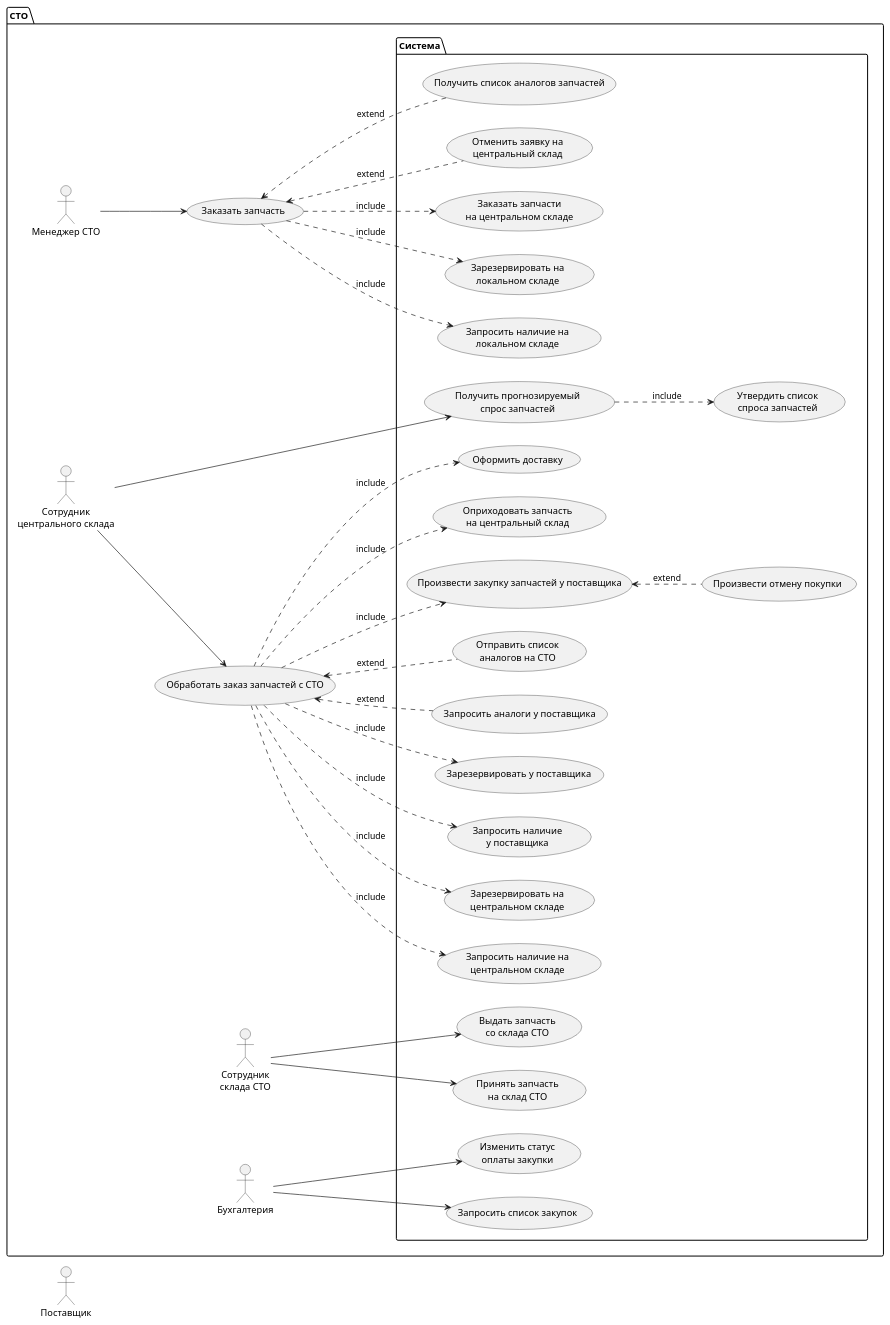
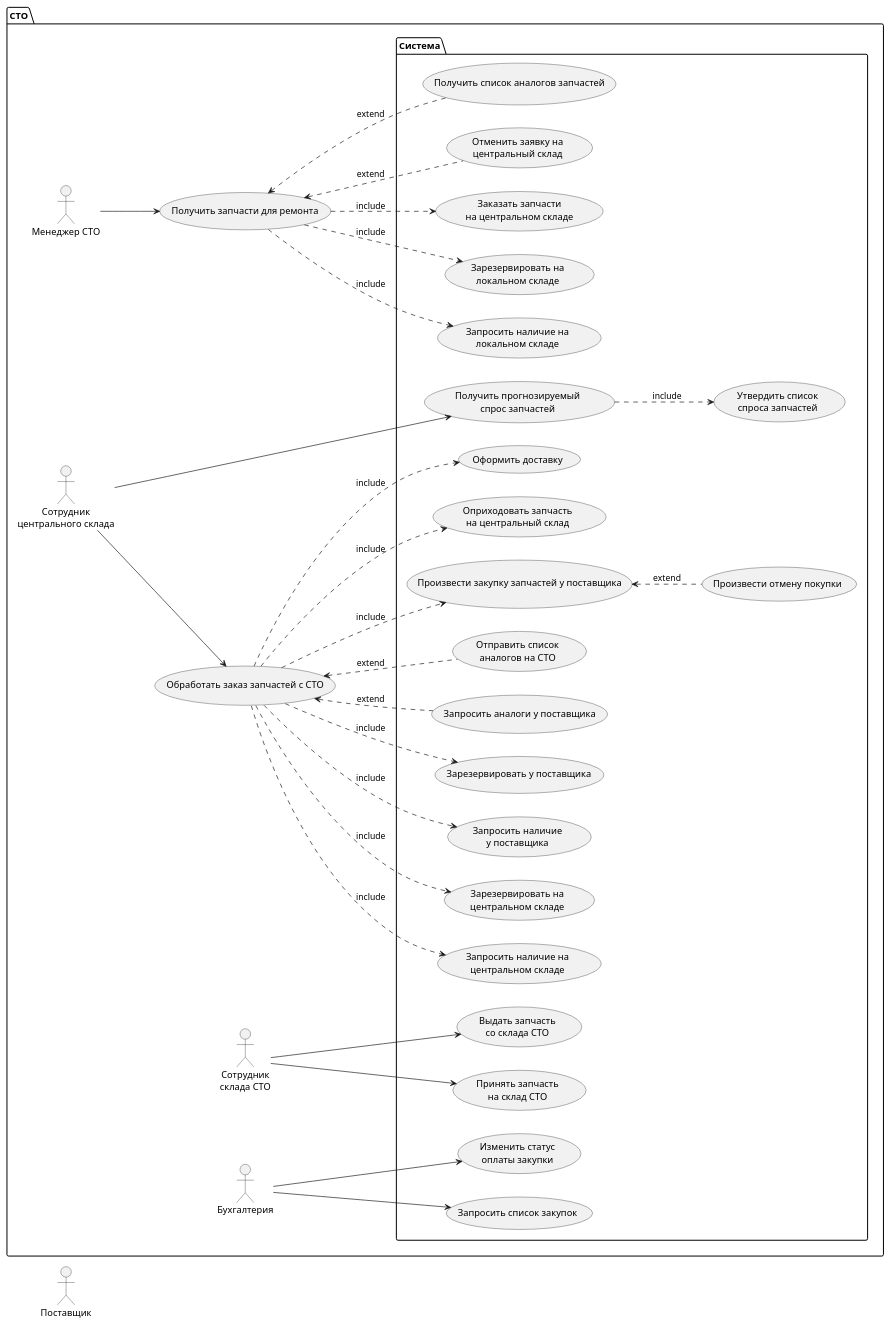
One commit to aapoplavskii/Project_Otus_SA changed the diagram in usecase.plantuml. Above: the diagram before and after it, drawn with PlantUML. The commit also changed 2 other files, not shown here.

Commit message:
исправил usecase.plantuml

```diff
--- a/usecase.plantuml
+++ b/usecase.plantuml
@@ -1,87 +1,87 @@
 @startuml Domaine modele
 left to right direction
 skinparam DefaultTextAlignment center
 
     actor Поставщик as provider
 
     package СТО {
                
     actor :Менеджер СТО: as manager
     actor :Сотрудник\nцентрального склада: as sklad
     actor :Сотрудник\nсклада СТО: as skladsto 
     actor :Бухгалтерия: as buh
     
 
-    usecase "Заказать запчасть" as zakaz
+    usecase "Получить запчасти для ремонта" as zakaz
 
     usecase "Обработать заказ запчастей с СТО" as processorder 
 
     
         
         package Система {            
 
             usecase "Запросить наличие на\nлокальном складе" as zakazlocal
             usecase "Зарезервировать на\nлокальном складе" as reservlocal
             usecase "Заказать запчасти\nна центральном складе" as app            
             usecase "Отменить заявку на\nцентральный склад" as cancelapp
             usecase "Получить список аналогов запчастей" as getanalog
             
 
             usecase "Принять запчасть\nна склад СТО" as accept
             usecase "Выдать запчасть\nсо склада СТО" as issuesto
 
             
             usecase "Запросить наличие на\nцентральном складе" as zakazcenter
             usecase "Зарезервировать на\nцентральном складе" as reservcenter
             usecase "Запросить наличие\nу поставщика" as zakazdealer
             usecase "Зарезервировать у поставщика" as reservdealer
             usecase "Запросить аналоги у поставщика" as getanalogdealer
             usecase "Отправить список\nаналогов на СТО" as sendanalogdealer
             usecase "Произвести закупку запчастей у поставщика" as purchase
             usecase "Произвести отмену покупки" as cancelpurchase
             usecase "Оприходовать запчасть\nна центральный склад" as issuecenter
             usecase "Оформить доставку" as senddelivery
 
             usecase "Получить прогнозируемый\nспрос запчастей" as getforecast
 
             usecase "Утвердить список\nспроса запчастей" as signforecast
 
             usecase "Запросить список закупок" as getlistpurchase
             usecase "Изменить статус\nоплаты закупки" as patchpurchase
 
 
                     
         }    
 
     manager --> zakaz
     zakaz ..> reservlocal : include
     zakaz <.. cancelapp : extend 
     zakaz <.. getanalog : extend
     zakaz ..> zakazlocal : include
     zakaz ..> app : include
     
     skladsto --> accept
     skladsto --> issuesto
     
     sklad --> processorder
     processorder ..> purchase : include
 
     processorder ..> zakazcenter : include
     processorder ..> reservcenter : include
     processorder ..> zakazdealer : include
     processorder ..> reservdealer : include
     processorder <.. getanalogdealer : extend
     processorder <.. sendanalogdealer : extend 
     processorder ..> issuecenter : include 
     processorder ..> senddelivery : include
 
     purchase <.. cancelpurchase : extend 
 
     sklad --> getforecast
     getforecast ..> signforecast : include 
 
     buh --> getlistpurchase
     buh --> patchpurchase
    
     }
 @enduml
```
